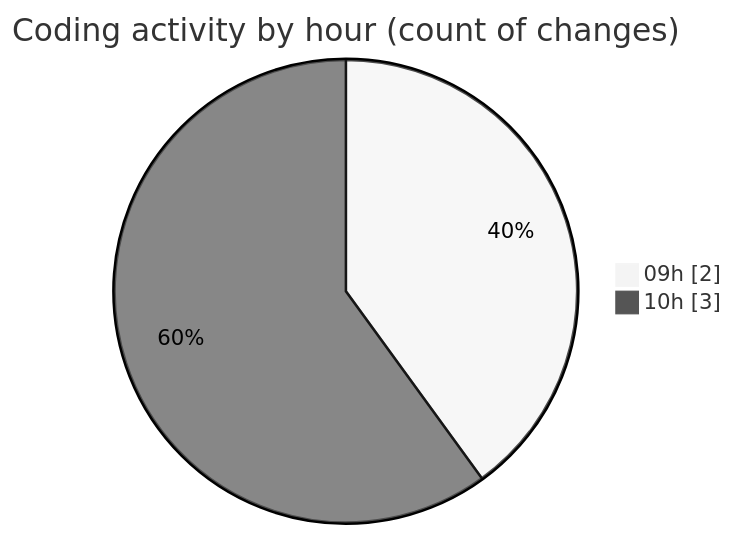
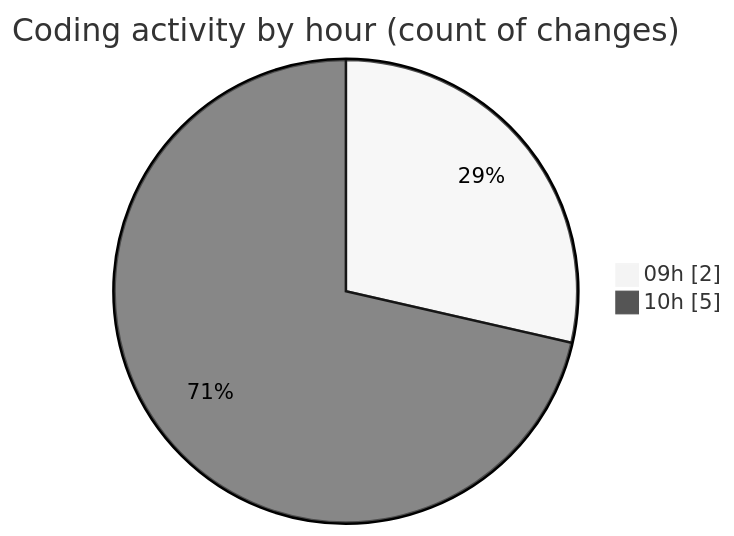
The second of 2 diagrams in 2025-04-08/cda/README.md (momahboobian/code-tracking), drawn with Mermaid (neutral theme) before and after one commit. The commit also changed other lines of this file and 1 other file, not shown here.

````diff
--- a/2025-04-08/cda/README.md
+++ b/2025-04-08/cda/README.md
@@ -30,6 +30,6 @@
 ```mermaid
 pie showData
 title Coding activity by hour (count of changes)
 "09h" : 2
-"10h" : 3
+"10h" : 5
 ```
````
